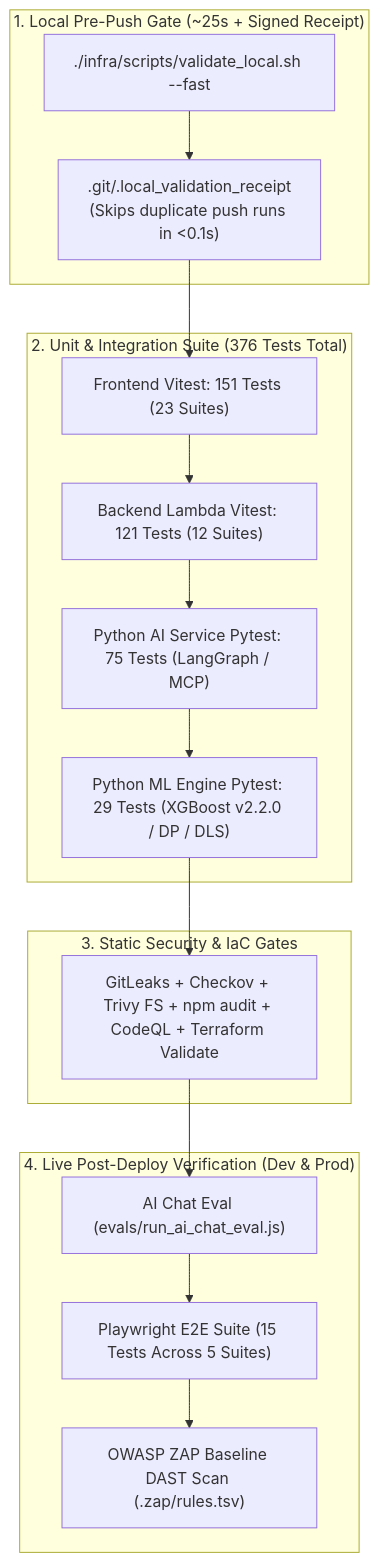
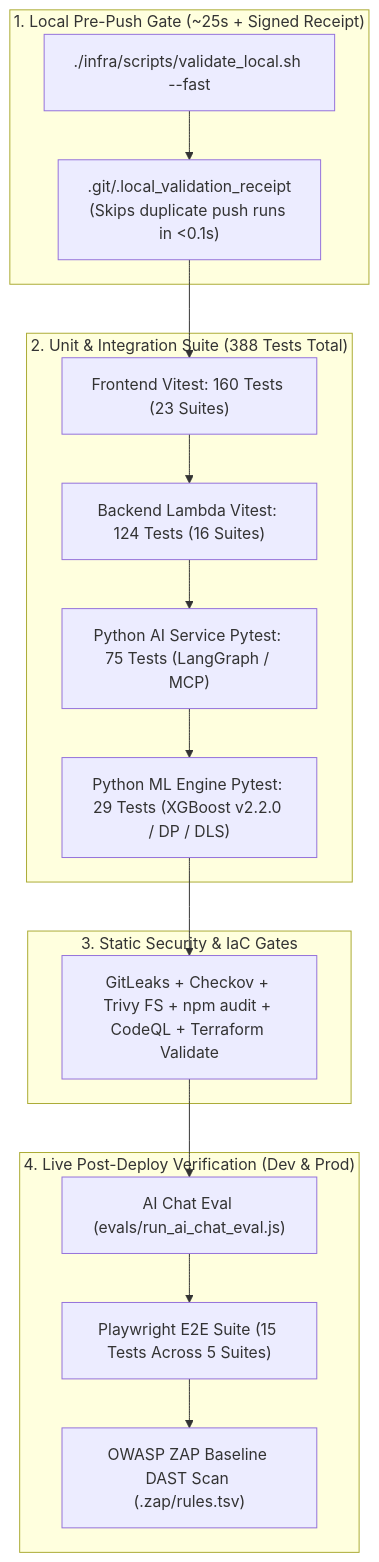
The diagram in docs/testing.md (venkatesh-singamsetty/cricscore), drawn with Mermaid before and after one commit. The commit also changed other lines of this file and 47 other files, not shown here.

````diff
--- a/docs/testing.md
+++ b/docs/testing.md
@@ -9,31 +9,31 @@
 ```mermaid
 flowchart TD
     subgraph LocalGate ["1. Local Pre-Push Gate (~25s + Signed Receipt)"]
         FastCmd["./infra/scripts/validate_local.sh --fast"]
         Receipt[".git/.local_validation_receipt\n(Skips duplicate push runs in <0.1s)"]
         FastCmd --> Receipt
     end
 
-    subgraph UnitIntegration ["2. Unit & Integration Suite (376 Tests Total)"]
-        FE["Frontend Vitest: 151 Tests (23 Suites)"]
-        BE["Backend Lambda Vitest: 121 Tests (12 Suites)"]
+    subgraph UnitIntegration ["2. Unit & Integration Suite (388 Tests Total)"]
+        FE["Frontend Vitest: 160 Tests (23 Suites)"]
+        BE["Backend Lambda Vitest: 124 Tests (16 Suites)"]
         AI["Python AI Service Pytest: 75 Tests (LangGraph / MCP)"]
         ML["Python ML Engine Pytest: 29 Tests (XGBoost v2.2.0 / DP / DLS)"]
         FE --> BE --> AI --> ML
     end
 
     subgraph SecurityIaC ["3. Static Security & IaC Gates"]
         Sec["GitLeaks + Checkov + Trivy FS + npm audit + CodeQL + Terraform Validate"]
     end
 
     subgraph LivePostDeploy ["4. Live Post-Deploy Verification (Dev & Prod)"]
         AIEval["AI Chat Eval (evals/run_ai_chat_eval.js)"]
         E2E["Playwright E2E Suite (15 Tests Across 5 Suites)"]
         ZAP["OWASP ZAP Baseline DAST Scan (.zap/rules.tsv)"]
         AIEval --> E2E --> ZAP
     end
 
     Receipt --> FE
     ML --> Sec
     Sec --> AIEval
 ```
````
